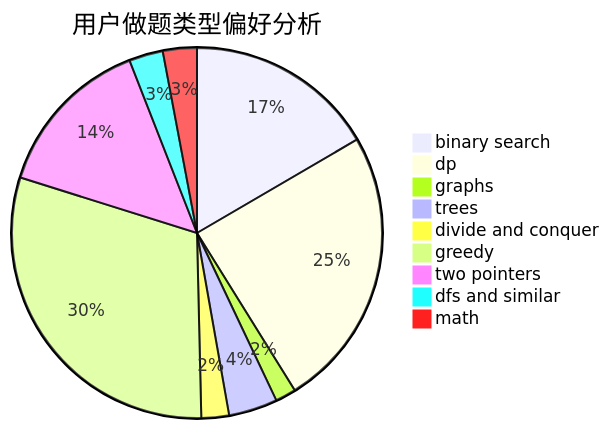
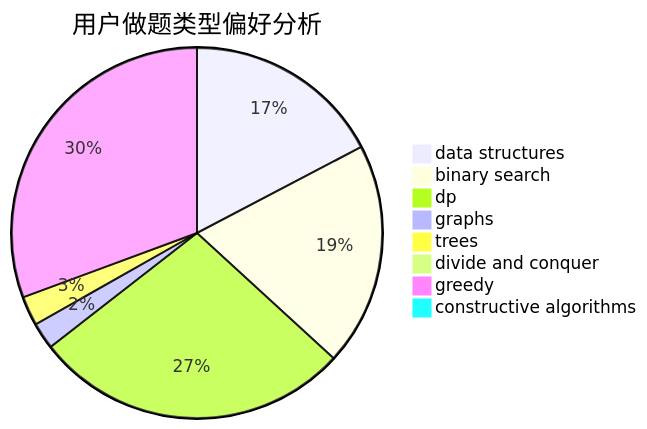
Before and after one commit to sherpahu/cfrs.github.io: the second of 3 diagrams in docs/user/u77.md, drawn with Mermaid. The commit also changed other lines of this file and 2775 other files, not shown here.

````diff
--- a/docs/user/u77.md
+++ b/docs/user/u77.md
@@ -23,12 +23,11 @@
 ```mermaid
 pie title 用户做题类型偏好分析
-    "binary search" :  358
-    "dp" :  530
-    "graphs" :  39
-    "trees" :  92
-    "divide and conquer" :  52
-    "greedy" :  652
-    "two pointers" :  307
-    "dfs and similar" :  64
-    "math" :  64
+    "data structures" :  216
+    "binary search" :  243
+    "dp" :  345
+    "graphs" :  29
+    "trees" :  32
+    "divide and conquer" :  5
+    "greedy" :  382
+    "constructive algorithms" :  10
 ```
````
